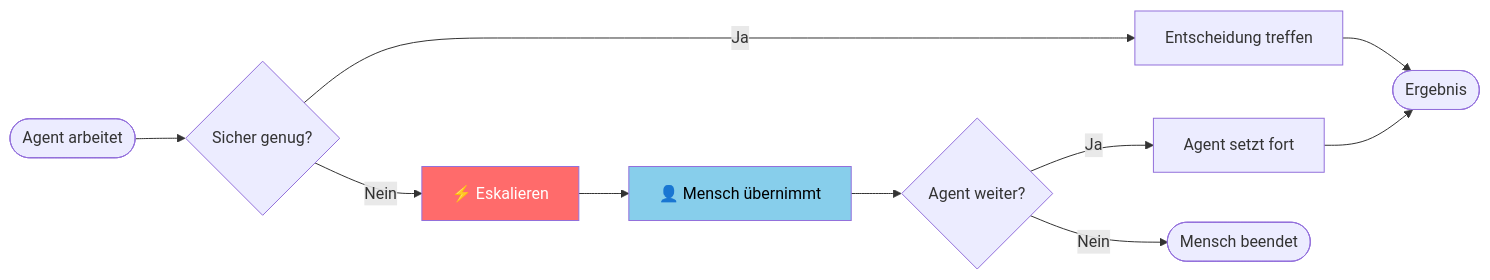
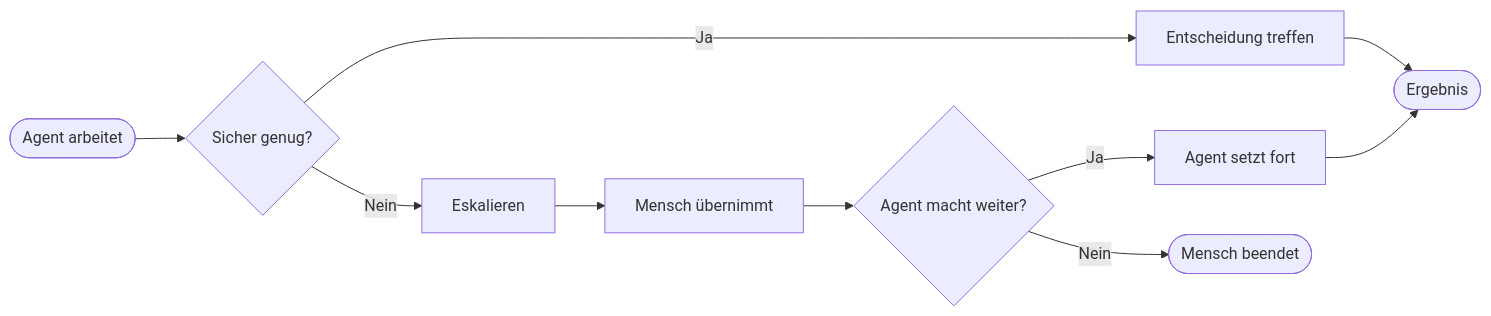
One commit to ralf-42/Agenten changed the second of 2 diagrams in docs/concepts/Human_in_the_Loop.md. Above: the diagram before and after it, drawn with Mermaid. The commit also changed other lines of this file and 15 other files, not shown here.

````diff
--- a/docs/concepts/Human_in_the_Loop.md
+++ b/docs/concepts/Human_in_the_Loop.md
@@ -117,15 +91,12 @@
 ```mermaid
 flowchart LR
     A([Agent arbeitet]) --> B{Sicher genug?}
     B -->|Ja| C[Entscheidung treffen]
-    B -->|Nein| D[⚡ Eskalieren]
-    D --> E[👤 Mensch übernimmt]
-    E --> F{Agent weiter?}
+    B -->|Nein| D[Eskalieren]
+    D --> E[Mensch übernimmt]
+    E --> F{Agent macht weiter?}
     F -->|Ja| G[Agent setzt fort]
     F -->|Nein| H([Mensch beendet])
     C --> I([Ergebnis])
     G --> I
-
-    style D fill:#ff6b6b,color:#fff
-    style E fill:#87CEEB,color:#000
 ```
````
